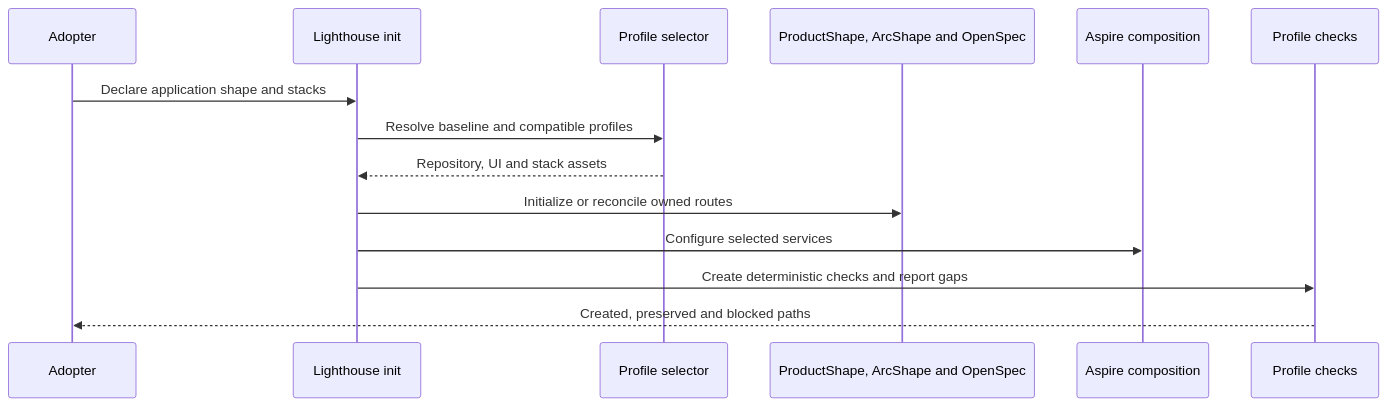
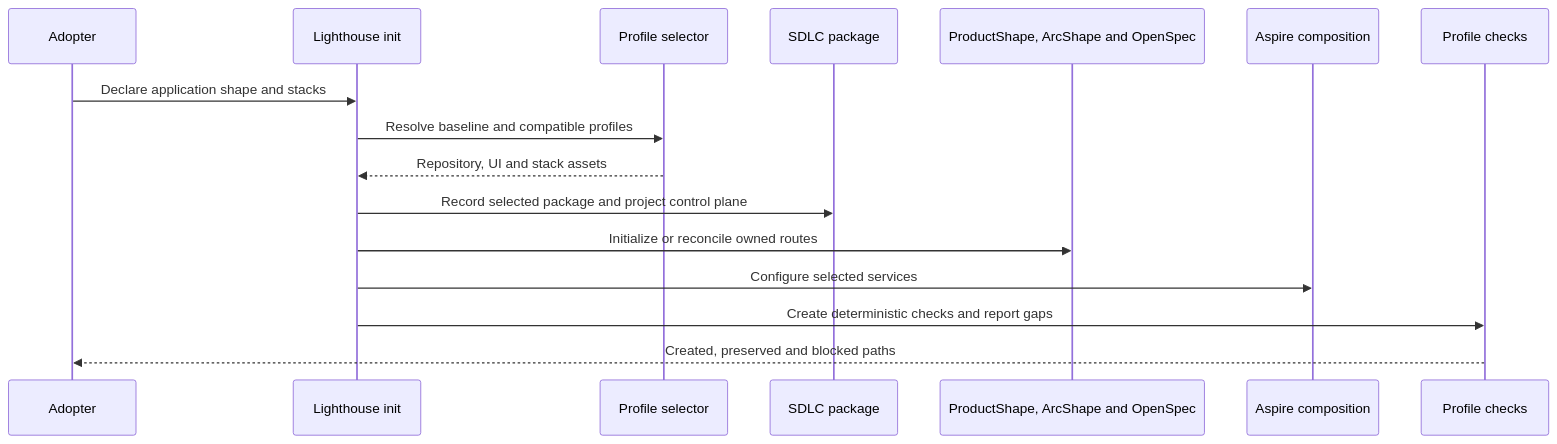
One commit to juangcarmona/lighthouse changed the second of 4 diagrams in docs/architecture/06-runtime-view/README.md. Above: the diagram before and after it, drawn with Mermaid. The commit also changed other lines of this file and 43 other files, not shown here.

````diff
--- a/docs/architecture/06-runtime-view/README.md
+++ b/docs/architecture/06-runtime-view/README.md
@@ -32,17 +32,19 @@
 ```mermaid
 sequenceDiagram
     accTitle: Target profile-aware initialization
     participant Adopter
     participant Init as Lighthouse init
     participant Selector as Profile selector
+    participant SDLC as SDLC package
     participant Providers as ProductShape, ArcShape and OpenSpec
     participant Host as Aspire composition
     participant Checks as Profile checks
     Adopter->>Init: Declare application shape and stacks
     Init->>Selector: Resolve baseline and compatible profiles
     Selector-->>Init: Repository, UI and stack assets
+    Init->>SDLC: Record selected package and project control plane
     Init->>Providers: Initialize or reconcile owned routes
     Init->>Host: Configure selected services
     Init->>Checks: Create deterministic checks and report gaps
     Checks-->>Adopter: Created, preserved and blocked paths
 ```
````
